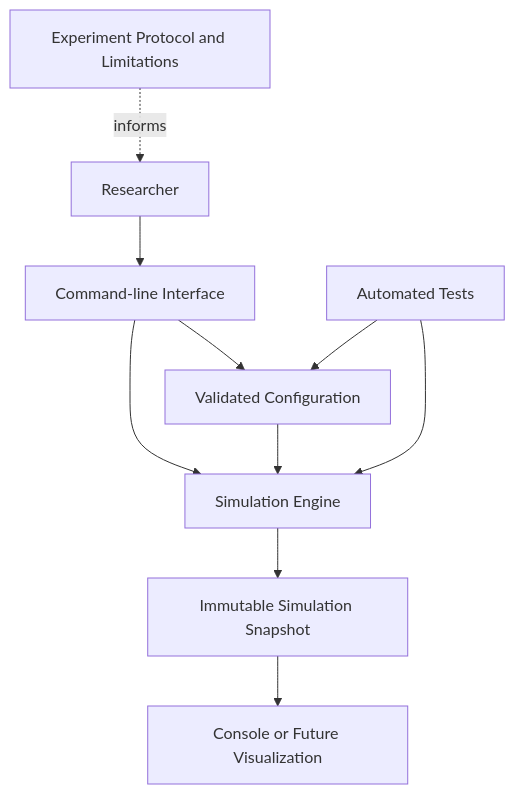
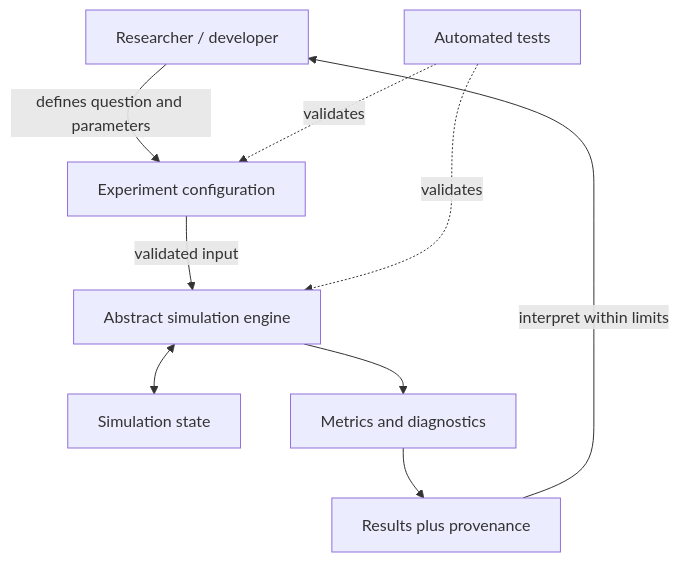
One commit to ArkansasIo/Synthetic-Human-Brain changed the diagram in docs/uml/system-context.mmd. Above: the diagram before and after it, drawn with Mermaid. The commit also changed 14 other files, not shown here.

Commit message:
docs: add research foundation and UML design documents

```diff
--- a/docs/uml/system-context.mmd
+++ b/docs/uml/system-context.mmd
@@ -1,10 +1,15 @@
 flowchart TD
-    Researcher[Researcher] --> CLI[Command-line Interface]
-    CLI --> Config[Validated Configuration]
-    CLI --> Sim[Simulation Engine]
-    Config --> Sim
-    Sim --> Snapshot[Immutable Simulation Snapshot]
-    Snapshot --> Output[Console or Future Visualization]
-    Tests[Automated Tests] --> Config
-    Tests --> Sim
-    Docs[Experiment Protocol and Limitations] -. informs .-> Researcher
+    Researcher[Researcher / developer]
+    Config[Experiment configuration]
+    Engine[Abstract simulation engine]
+    State[Simulation state]
+    Metrics[Metrics and diagnostics]
+    Results[Results plus provenance]
+    Researcher -->|defines question and parameters| Config
+    Config -->|validated input| Engine
+    Engine <--> State
+    Engine --> Metrics
+    Metrics --> Results
+    Results -->|interpret within limits| Researcher
+    Tests[Automated tests] -. validates .-> Config
+    Tests -. validates .-> Engine
```
